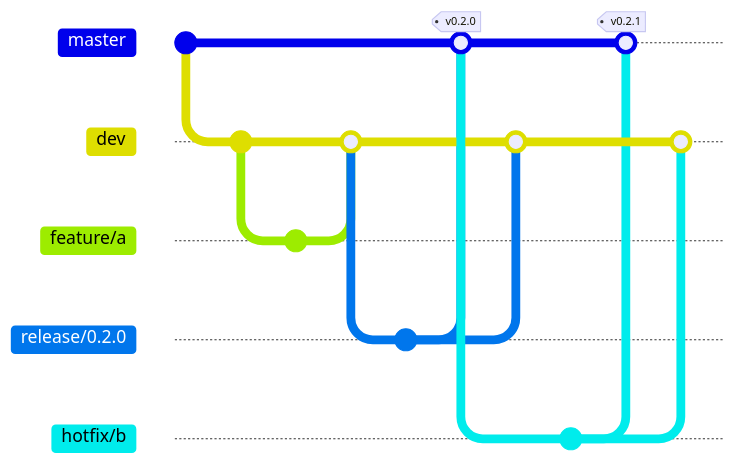
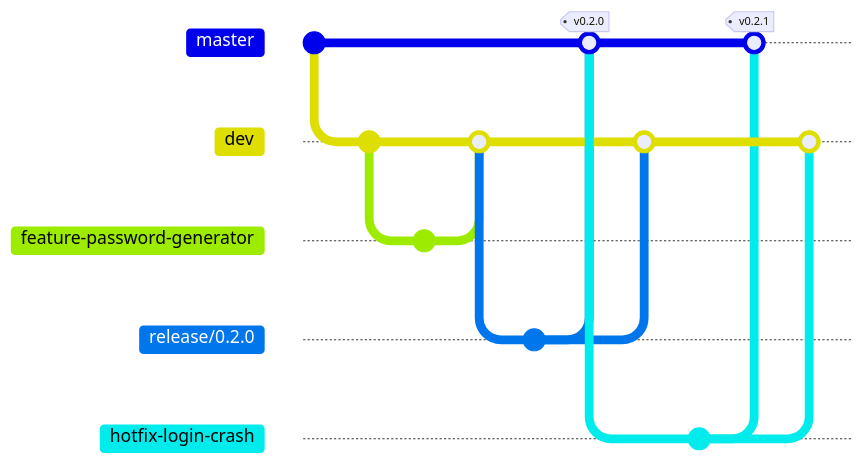
The diagram in README.md (He1senber9/passwd-x), drawn with Mermaid before and after one commit. The commit also changed other lines of this file and 3 other files, not shown here. Commit ids are hidden.

Commit message:
chore: 强制约定 feature-/hotfix- 分支命名并增加 CI 校验

````diff
--- a/README.md
+++ b/README.md
@@ -33,24 +33,24 @@
 ```mermaid
 %%{init: { 'gitGraph': { 'mainBranchName': 'master' } } }%%
 gitGraph
    commit id: "v0.1.0"
    branch dev
    commit
-   branch feature/a
+   branch feature-password-generator
    commit id: "功能开发"
    checkout dev
-   merge feature/a
+   merge feature-password-generator
    branch release/0.2.0
    commit id: "版本号 + changelog"
    checkout master
    merge release/0.2.0 tag: "v0.2.0"
    checkout dev
    merge release/0.2.0
    checkout master
-   branch hotfix/b
+   branch hotfix-login-crash
    commit id: "紧急修复"
    checkout master
-   merge hotfix/b tag: "v0.2.1"
+   merge hotfix-login-crash tag: "v0.2.1"
    checkout dev
-   merge hotfix/b
+   merge hotfix-login-crash
 ```
````
